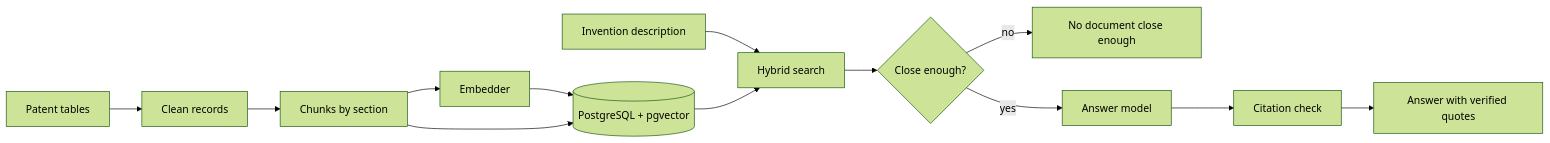
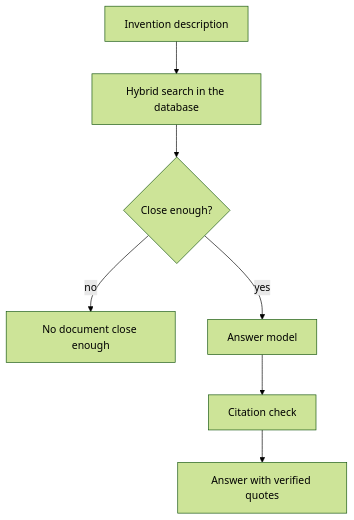
The second of 2 diagrams in README.md (guillaumeoudin/similar-patent-finder), drawn with Mermaid (forest theme) before and after one commit. The commit also changed other lines of this file and 1 other file, not shown here.

Commit message:
Split the diagram in two and make the evaluation robust to a failed answer call

````diff
--- a/README.md
+++ b/README.md
@@ -27,15 +36,9 @@
 ```mermaid
-flowchart LR
-    A[Patent tables] --> B[Clean records]
-    B --> C[Chunks by section]
-    C --> D[Embedder]
-    D --> E[(PostgreSQL + pgvector)]
-    C --> E
-    Q[Invention description] --> F[Hybrid search]
-    E --> F
+flowchart TB
+    Q[Invention description] --> F[Hybrid search in the database]
     F --> G{Close enough?}
     G -- no --> H[No document close enough]
     G -- yes --> I[Answer model]
     I --> J[Citation check]
     J --> K[Answer with verified quotes]
 ```
````
